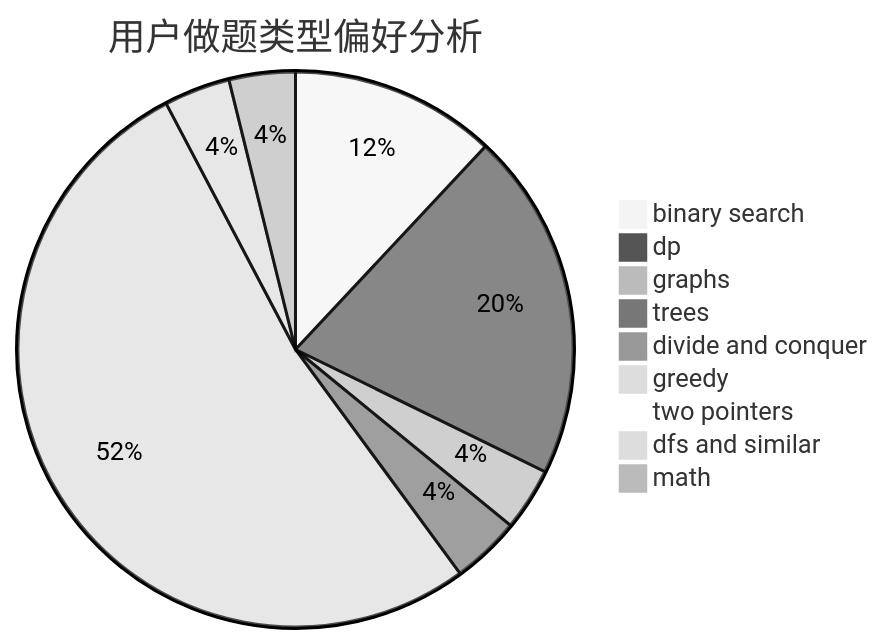
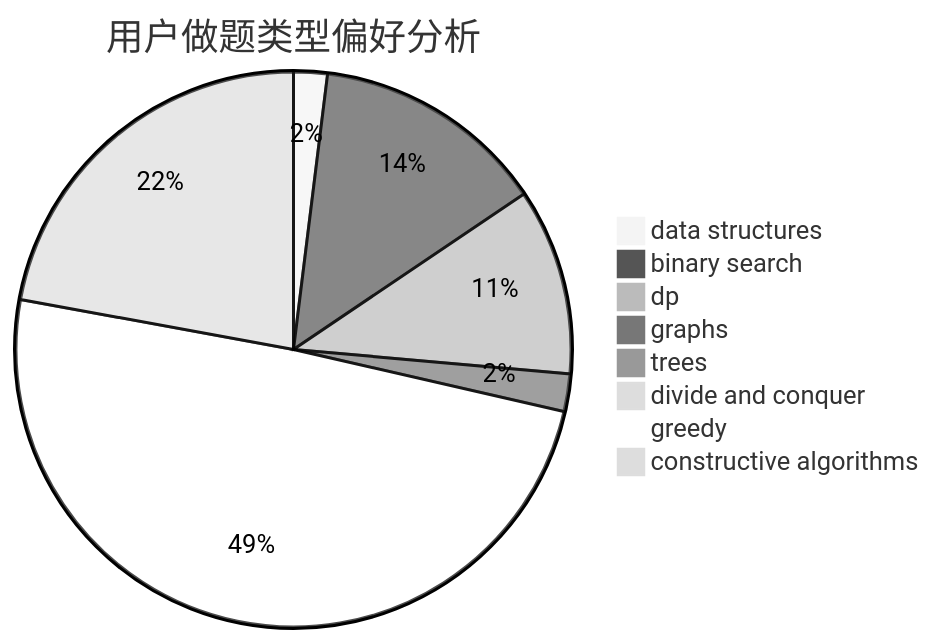
The second of 3 diagrams in docs/user/u1129.md (sherpahu/cfrs.github.io), drawn with Mermaid (neutral theme) before and after one commit. The commit also changed other lines of this file and 2775 other files, not shown here.

````diff
--- a/docs/user/u1129.md
+++ b/docs/user/u1129.md
@@ -23,12 +23,11 @@
 ```mermaid
 pie title 用户做题类型偏好分析
-    "binary search" :  317
-    "dp" :  537
-    "graphs" :  97
-    "trees" :  106
-    "divide and conquer" :  24
-    "greedy" :  1387
-    "two pointers" :  18
-    "dfs and similar" :  102
-    "math" :  102
+    "data structures" :  43
+    "binary search" :  298
+    "dp" :  238
+    "graphs" :  48
+    "trees" :  9
+    "divide and conquer" :  1
+    "greedy" :  1081
+    "constructive algorithms" :  485
 ```
````
